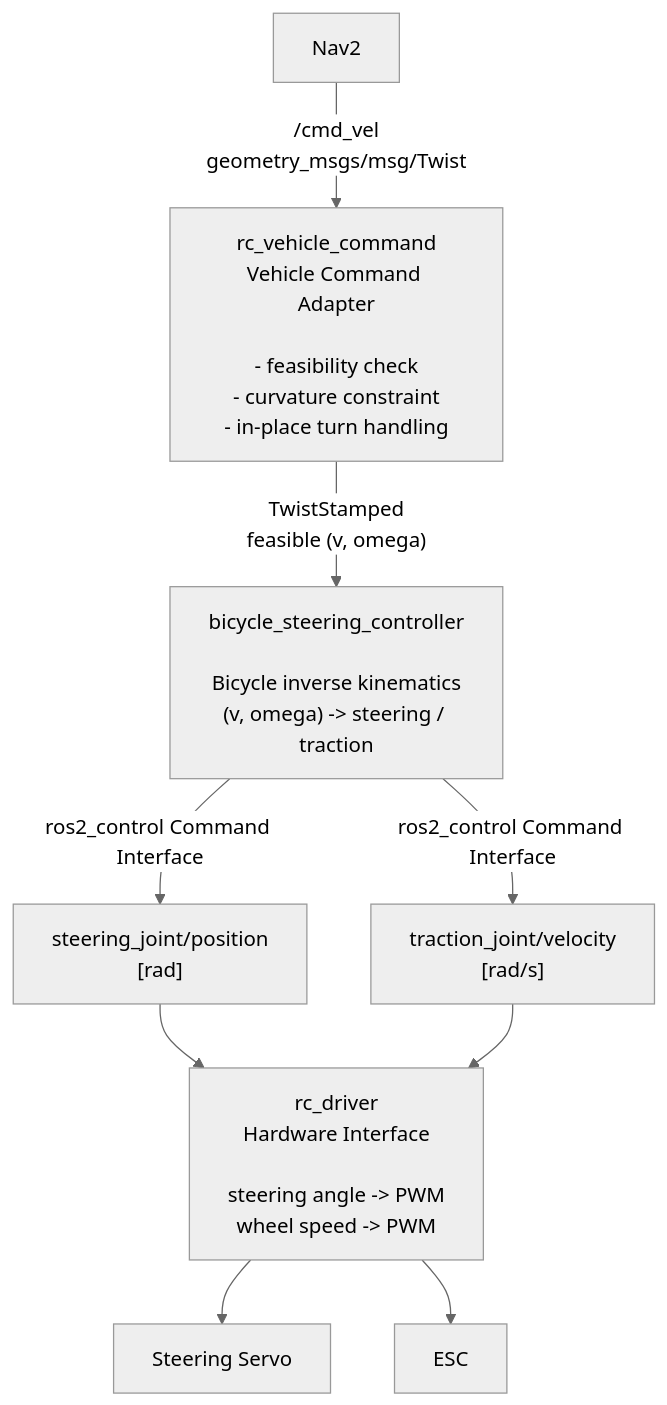
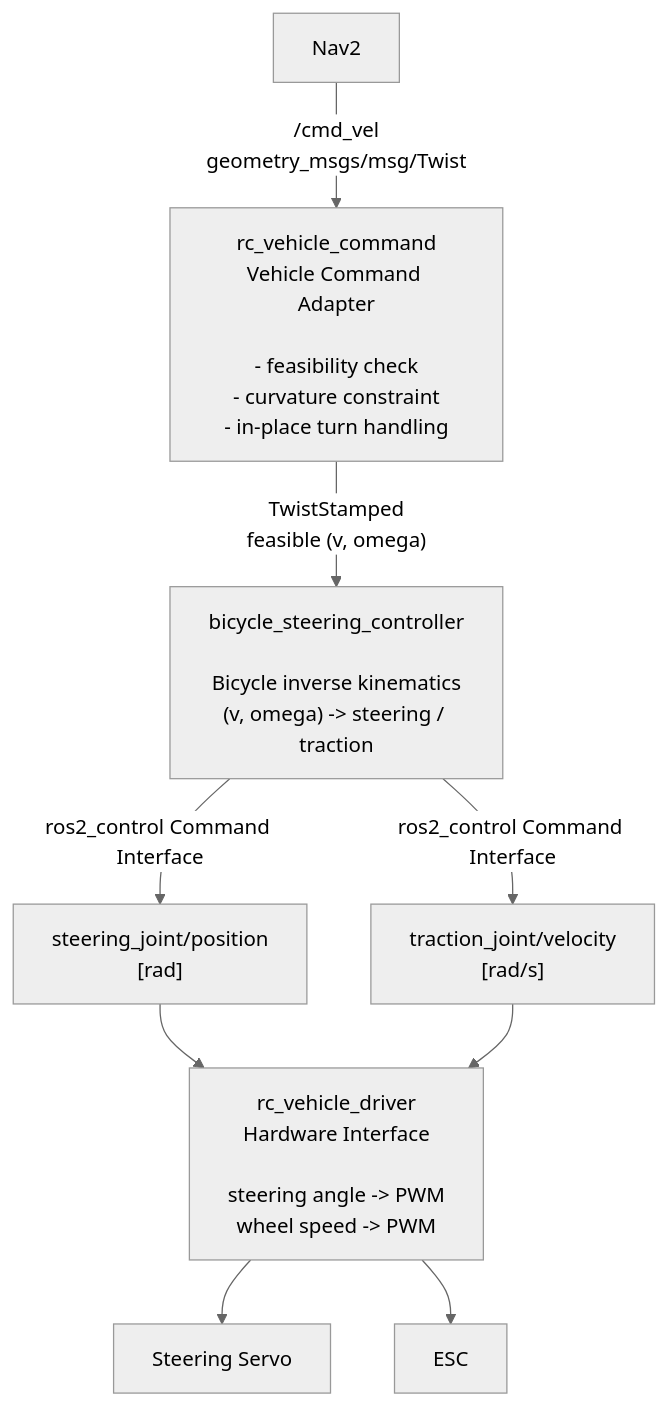
The diagram in doc/design/rc_vehicle_control_architecture_design.md (acchi17/ros2_jazzy_devcontainer), drawn with Mermaid (neutral theme) before and after one commit. The commit also changed other lines of this file and 26 other files, not shown here.

First line of the commit message:
Refactor RC vehicle control architecture and replace rc_driver with rc_vehicle_driver

````diff
--- a/doc/design/rc_vehicle_control_architecture_design.md
+++ b/doc/design/rc_vehicle_control_architecture_design.md
@@ -24,36 +24,36 @@
 ```mermaid
 flowchart TD
     Nav2["Nav2"]
     VCA["rc_vehicle_command
 Vehicle Command Adapter
 
 - feasibility check
 - curvature constraint
 - in-place turn handling"]
     BSC["bicycle_steering_controller
 
 Bicycle inverse kinematics
 (v, omega) -> steering / traction"]
     SJ["steering_joint/position
 [rad]"]
     TJ["traction_joint/velocity
 [rad/s]"]
-    DRV["rc_driver
+    DRV["rc_vehicle_driver
 Hardware Interface
 
 steering angle -> PWM
 wheel speed -> PWM"]
     Servo["Steering Servo"]
     ESC["ESC"]
 
     Nav2 -->|"/cmd_vel
 geometry_msgs/msg/Twist"| VCA
     VCA -->|"TwistStamped
 feasible (v, omega)"| BSC
     BSC -->|"ros2_control Command Interface"| SJ
     BSC -->|"ros2_control Command Interface"| TJ
     SJ --> DRV
     TJ --> DRV
     DRV --> Servo
     DRV --> ESC
 ```
````
